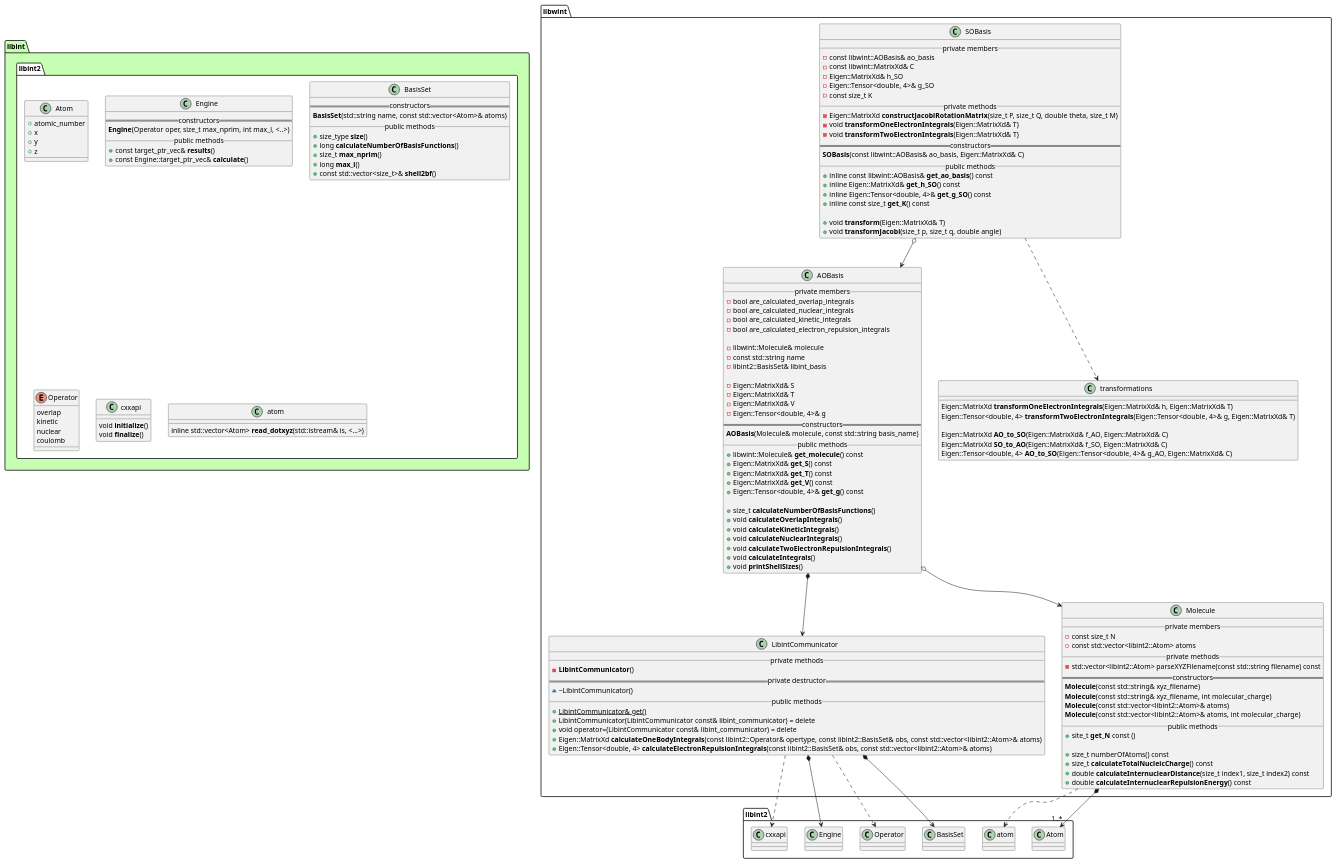
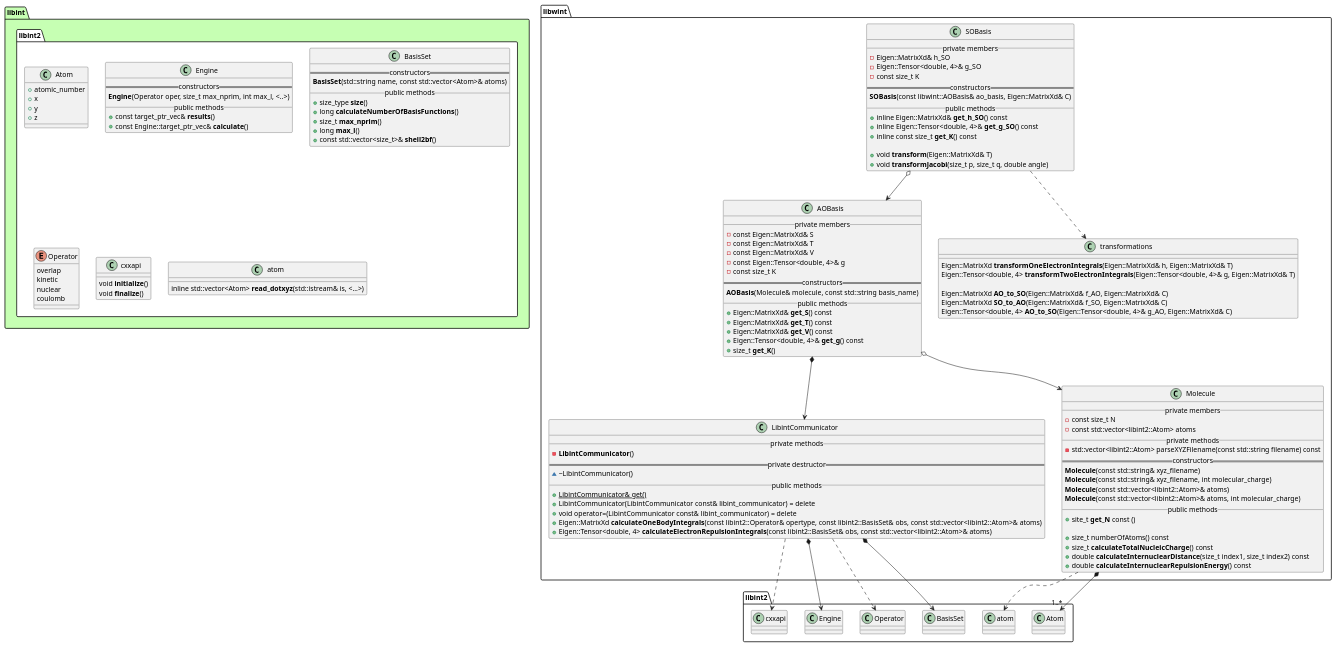
Before and after one commit to tmhuysen/libwint: the diagram in docs/libwint.puml, drawn with PlantUML. The commit also changed 5 other files, not shown here.

```diff
--- a/docs/libwint.puml
+++ b/docs/libwint.puml
@@ -1,177 +1,154 @@
 @startuml
 
 
 
 package libint #c6ffb3 {
     namespace libint2 #ffffff {
         class Atom {
             + atomic_number
             + x
             + y
             + z
         }
 
         class Engine {
             == constructors ==
                 **Engine**(Operator oper, size_t max_nprim, int max_l, <..>)
             __ public methods __
                 + const target_ptr_vec& **results**()
                 + const Engine::target_ptr_vec& **calculate**()
         }
 
         class BasisSet {
             == constructors ==
                 **BasisSet**(std::string name, const std::vector<Atom>& atoms)
             __ public methods __
                 + size_type **size**()
                 + long **calculateNumberOfBasisFunctions**()
                 + size_t **max_nprim**()
                 + long **max_l**()
                 + const std::vector<size_t>& **shell2bf**()
         }
 
         enum Operator {
             overlap
             kinetic
             nuclear
             coulomb
         }
 
         class cxxapi {
                 void **initialize**()
                 void **finalize**()
         }
 
         class atom {
             inline std::vector<Atom> **read_dotxyz**(std::istream& is, <...>)
         }
     }
 }
 
 
 
 
 namespace libwint {
 
     class AOBasis {
         __ private members __
-            - bool are_calculated_overlap_integrals
-            - bool are_calculated_nuclear_integrals
-            - bool are_calculated_kinetic_integrals
-            - bool are_calculated_electron_repulsion_integrals
-
-            - libwint::Molecule& molecule
-            - const std::string name
-            - libint2::BasisSet& libint_basis
-
-            - Eigen::MatrixXd& S
-            - Eigen::MatrixXd& T
-            - Eigen::MatrixXd& V
-            - Eigen::Tensor<double, 4>& g
+            - const Eigen::MatrixXd& S
+            - const Eigen::MatrixXd& T
+            - const Eigen::MatrixXd& V
+            - const Eigen::Tensor<double, 4>& g
+            - const size_t K
         == constructors ==
             **AOBasis**(Molecule& molecule, const std::string basis_name)
         __ public methods __
-            + libwint::Molecule& **get_molecule**() const
             + Eigen::MatrixXd& **get_S**() const
             + Eigen::MatrixXd& **get_T**() const
             + Eigen::MatrixXd& **get_V**() const
             + Eigen::Tensor<double, 4>& **get_g**() const
-
-            + size_t **calculateNumberOfBasisFunctions**()
-            + void **calculateOverlapIntegrals**()
-            + void **calculateKineticIntegrals**()
-            + void **calculateNuclearIntegrals**()
-            + void **calculateTwoElectronRepulsionIntegrals**()
-            + void **calculateIntegrals**()
-            + void **printShellSizes**()
+            + size_t **get_K**()
     }
 
 
     class SOBasis {
         __ private members __
-            - const libwint::AOBasis& ao_basis
-            - const libwint::MatrixXd& C
             - Eigen::MatrixXd& h_SO
             - Eigen::Tensor<double, 4>& g_SO
             - const size_t K
-        __ private methods __
-            - Eigen::MatrixXd **constructJacobiRotationMatrix**(size_t P, size_t Q, double theta, size_t M)
-            - void **transformOneElectronIntegrals**(Eigen::MatrixXd& T)
-            - void **transformTwoElectronIntegrals**(Eigen::MatrixXd& T)
         == constructors ==
             **SOBasis**(const libwint::AOBasis& ao_basis, Eigen::MatrixXd& C)
         __ public methods __
-            + inline const libwint::AOBasis& **get_ao_basis**() const
             + inline Eigen::MatrixXd& **get_h_SO**() const
             + inline Eigen::Tensor<double, 4>& **get_g_SO**() const
             + inline const size_t **get_K**() const
 
             + void **transform**(Eigen::MatrixXd& T)
             + void **transformJacobi**(size_t p, size_t q, double angle)
     }
 
 
     class transformations {
             Eigen::MatrixXd **transformOneElectronIntegrals**(Eigen::MatrixXd& h, Eigen::MatrixXd& T)
             Eigen::Tensor<double, 4> **transformTwoElectronIntegrals**(Eigen::Tensor<double, 4>& g, Eigen::MatrixXd& T)
 
             Eigen::MatrixXd **AO_to_SO**(Eigen::MatrixXd& f_AO, Eigen::MatrixXd& C)
             Eigen::MatrixXd **SO_to_AO**(Eigen::MatrixXd& f_SO, Eigen::MatrixXd& C)
             Eigen::Tensor<double, 4> **AO_to_SO**(Eigen::Tensor<double, 4>& g_AO, Eigen::MatrixXd& C)
     }
 
 
     class LibintCommunicator {
         __ private methods __
             - **LibintCommunicator**()
         == private destructor ==
             ~ ~LibintCommunicator()
         __ public methods __
             + {static} LibintCommunicator& get()
             + LibintCommunicator(LibintCommunicator const& libint_communicator) = delete
             + void operator=(LibintCommunicator const& libint_communicator) = delete
             + Eigen::MatrixXd **calculateOneBodyIntegrals**(const libint2::Operator& opertype, const libint2::BasisSet& obs, const std::vector<libint2::Atom>& atoms)
             + Eigen::Tensor<double, 4> **calculateElectronRepulsionIntegrals**(const libint2::BasisSet& obs, const std::vector<libint2::Atom>& atoms)
     }
 
 
     class Molecule {
         __ private members __
             - const size_t N
             - const std::vector<libint2::Atom> atoms
         __ private methods __
             - std::vector<libint2::Atom> parseXYZFilename(const std::string filename) const
         == constructors ==
             **Molecule**(const std::string& xyz_filename)
             **Molecule**(const std::string& xyz_filename, int molecular_charge)
             **Molecule**(const std::vector<libint2::Atom>& atoms)
             **Molecule**(const std::vector<libint2::Atom>& atoms, int molecular_charge)
         __ public methods __
             + site_t **get_N** const ()
 
             + size_t numberOfAtoms() const
             + size_t **calculateTotalNucleicCharge**() const
             + double **calculateInternuclearDistance**(size_t index1, size_t index2) const
             + double **calculateInternuclearRepulsionEnergy**() const
     }
 
 }
 
 
 
 libwint.AOBasis o--> libwint.Molecule
 libwint.AOBasis *--> libwint.LibintCommunicator
 
 libwint.LibintCommunicator *--> libint2.BasisSet
 libwint.LibintCommunicator ..> libint2.Operator
 libwint.LibintCommunicator *--> libint2.Engine
 libwint.LibintCommunicator ..> libint2.cxxapi
 
 libwint.Molecule *--> "1..*" libint2.Atom
 libwint.Molecule ..> libint2.atom
 
 libwint.SOBasis ..> libwint.transformations
 libwint.SOBasis o--> libwint.AOBasis
 
 
 @enduml
```
